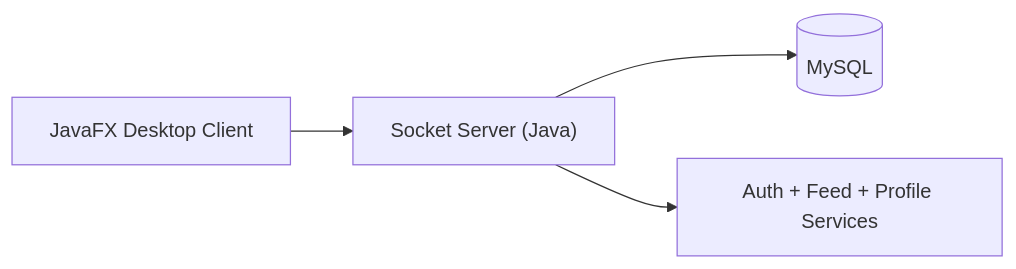
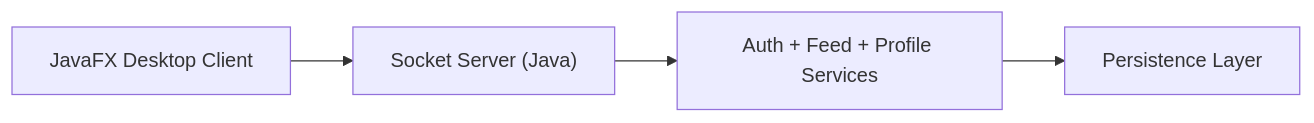
The diagram in README.md (dimitrije-dev/sMET), drawn with Mermaid before and after one commit. The commit also changed other lines of this file and 1 other file, not shown here.

````diff
--- a/README.md
+++ b/README.md
@@ -48,6 +42,6 @@
 ```mermaid
 flowchart LR
   A["JavaFX Desktop Client"] --> B["Socket Server (Java)"]
-  B --> C[(MySQL)]
-  B --> D["Auth + Feed + Profile Services"]
+  B --> C["Auth + Feed + Profile Services"]
+  C --> D["Persistence Layer"]
 ```
````
